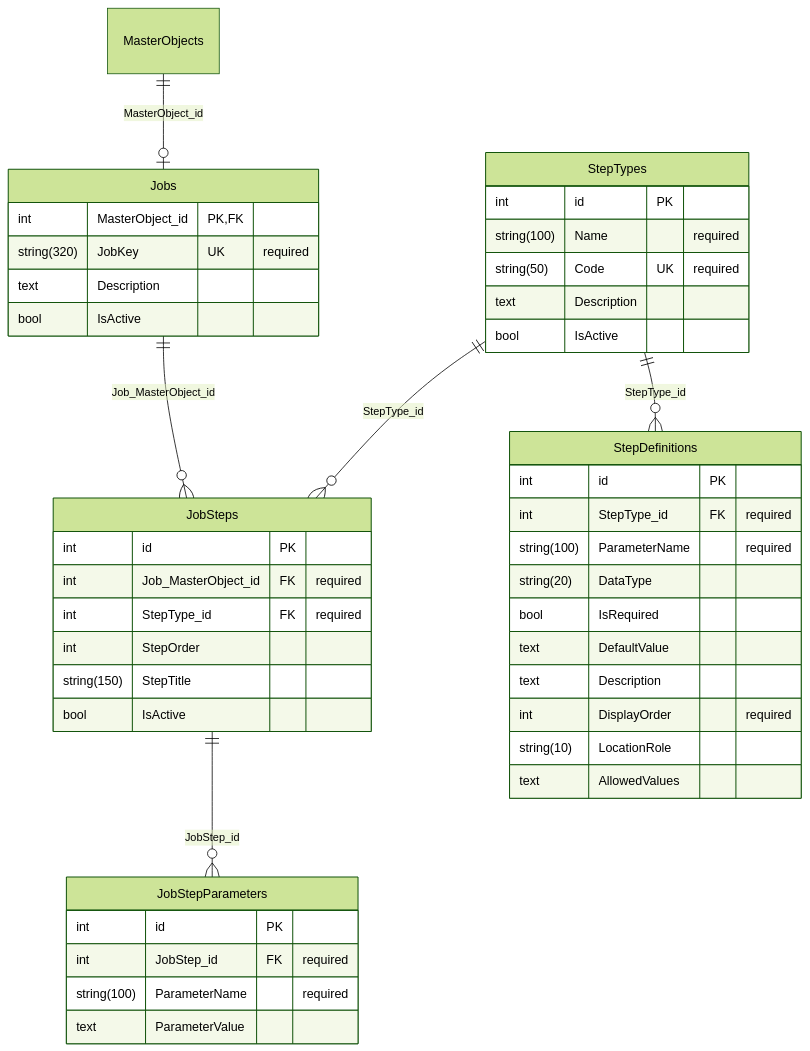
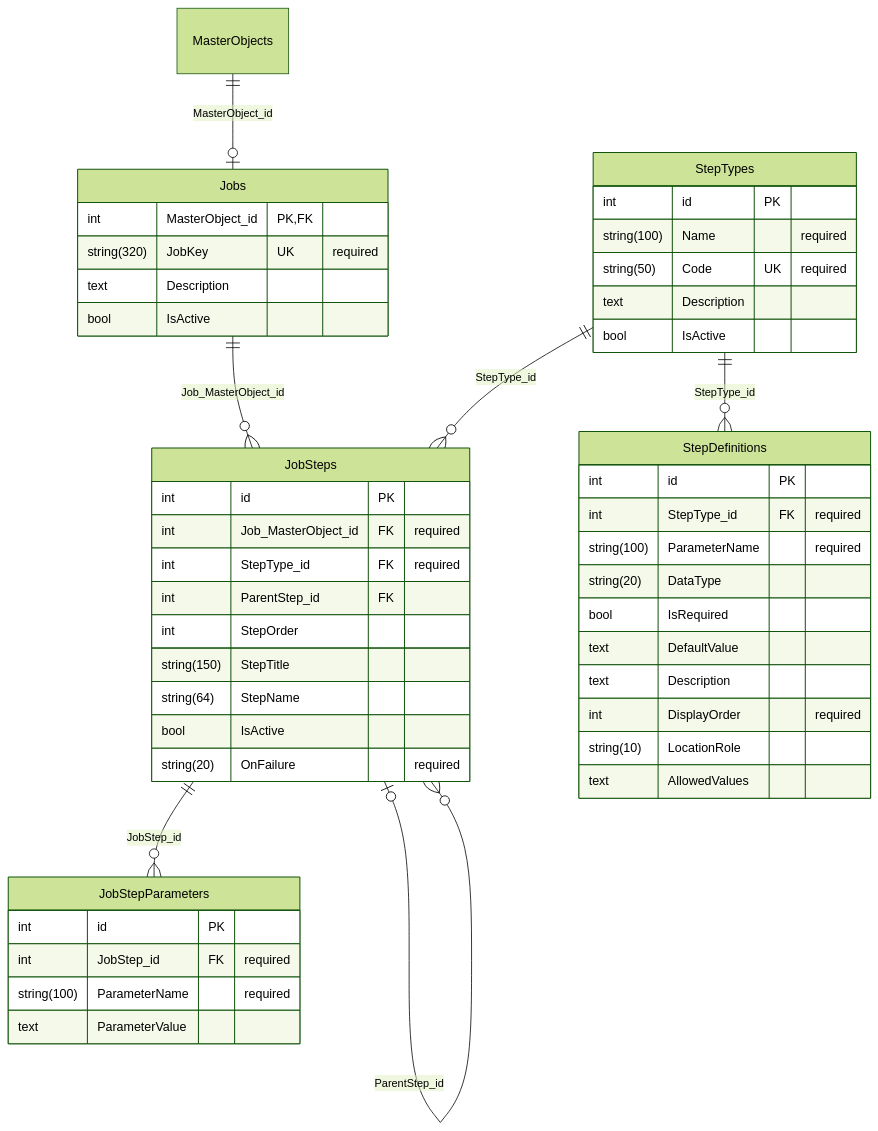
Before and after one commit to JayCBoal/AutomationApp: the third of 4 diagrams in docs/DB_SCHEMA.md, drawn with Mermaid (forest theme). The commit also changed other lines of this file and 42 other files, not shown here.

First line of the commit message:
Flow control, brought over from RunMyFiles

````diff
--- a/docs/DB_SCHEMA.md
+++ b/docs/DB_SCHEMA.md
@@ -132,47 +133,51 @@
 ```mermaid
 erDiagram
     Jobs {
         int MasterObject_id PK, FK
         string(320) JobKey UK "required"
         text Description
         bool IsActive
     }
     JobSteps {
         int id PK
         int Job_MasterObject_id FK "required"
         int StepType_id FK "required"
+        int ParentStep_id FK
         int StepOrder
         string(150) StepTitle
+        string(64) StepName
         bool IsActive
+        string(20) OnFailure "required"
     }
     JobStepParameters {
         int id PK
         int JobStep_id FK "required"
         string(100) ParameterName "required"
         text ParameterValue
     }
     StepTypes {
         int id PK
         string(100) Name "required"
         string(50) Code UK "required"
         text Description
         bool IsActive
     }
     StepDefinitions {
         int id PK
         int StepType_id FK "required"
         string(100) ParameterName "required"
         string(20) DataType
         bool IsRequired
         text DefaultValue
         text Description
         int DisplayOrder "required"
         string(10) LocationRole
         text AllowedValues
     }
     MasterObjects ||--o| Jobs : "MasterObject_id"
     StepTypes ||--o{ StepDefinitions : "StepType_id"
     Jobs ||--o{ JobSteps : "Job_MasterObject_id"
     StepTypes ||--o{ JobSteps : "StepType_id"
+    JobSteps |o--o{ JobSteps : "ParentStep_id"
     JobSteps ||--o{ JobStepParameters : "JobStep_id"
 ```
````
